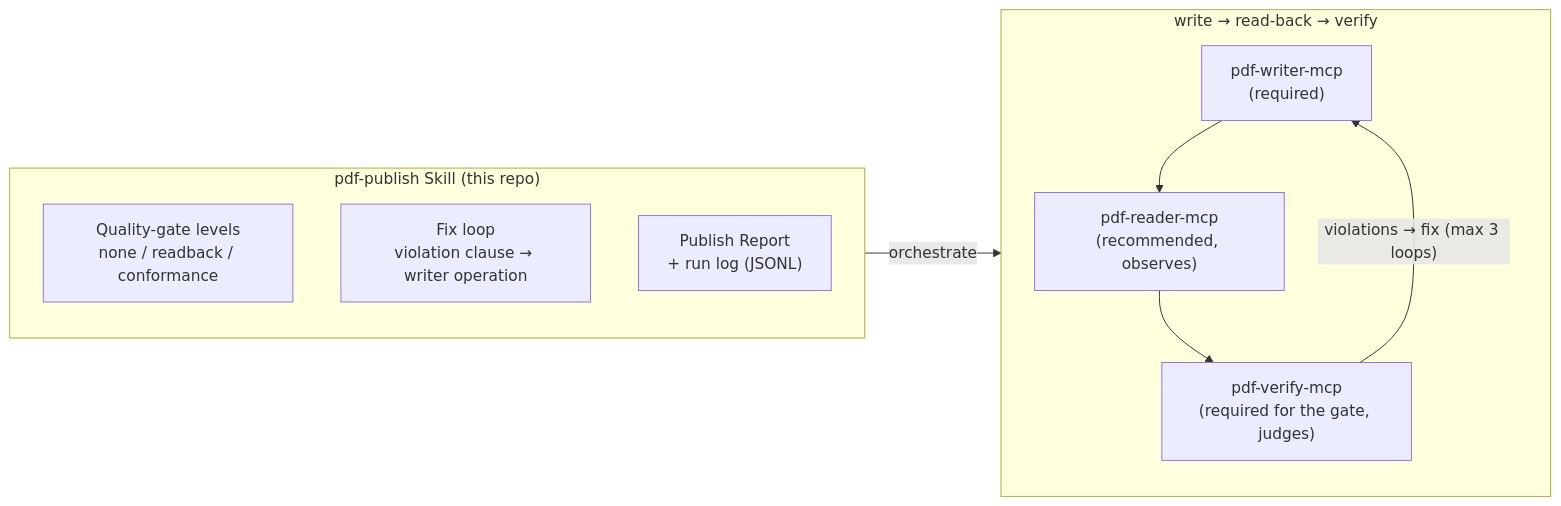
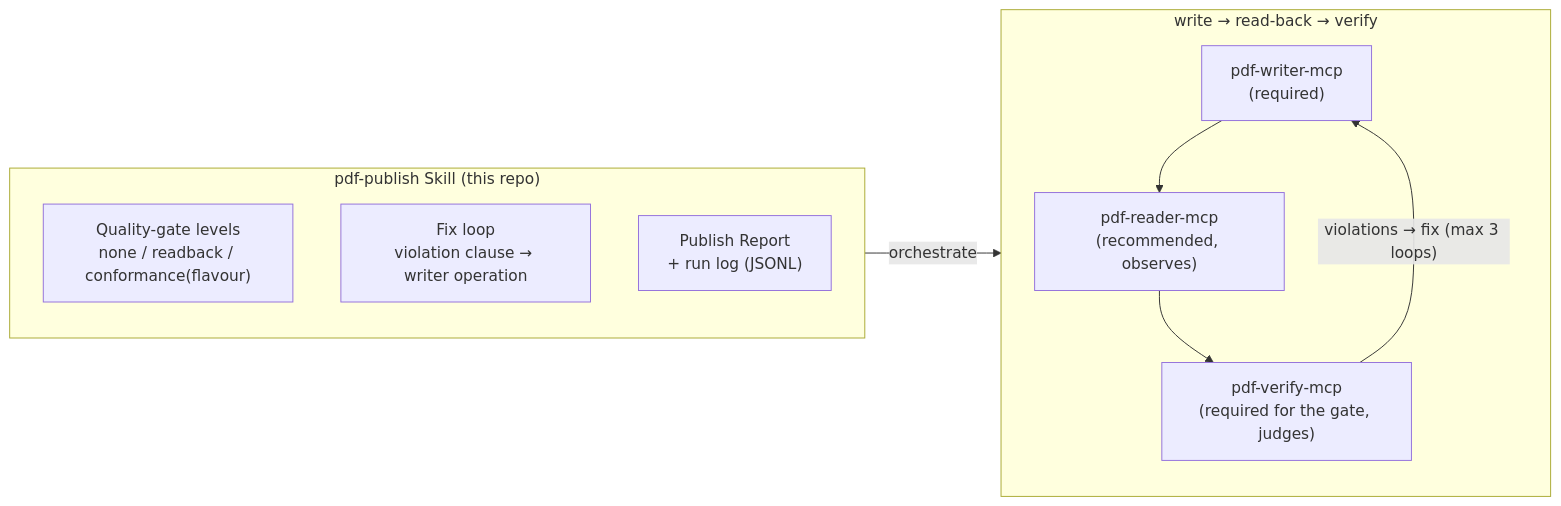
Before and after one commit to shuji-bonji/pdf-publish-skill: the diagram in README.md, drawn with Mermaid. The commit also changed other lines of this file and 6 other files, not shown here.

````diff
--- a/README.md
+++ b/README.md
@@ -18,14 +18,14 @@
 ```mermaid
 graph LR
   subgraph skill["pdf-publish Skill (this repo)"]
-    S1["Quality-gate levels<br/>none / readback / conformance"]
+    S1["Quality-gate levels<br/>none / readback / conformance(flavour)"]
     S2["Fix loop<br/>violation clause → writer operation"]
     S3["Publish Report<br/>+ run log (JSONL)"]
   end
   subgraph loop["write → read-back → verify"]
     W["pdf-writer-mcp<br/>(required)"] --> R["pdf-reader-mcp<br/>(recommended, observes)"]
     R --> V["pdf-verify-mcp<br/>(required for the gate, judges)"]
     V -->|"violations → fix (max 3 loops)"| W
   end
   skill -->|orchestrate| loop
 ```
````
